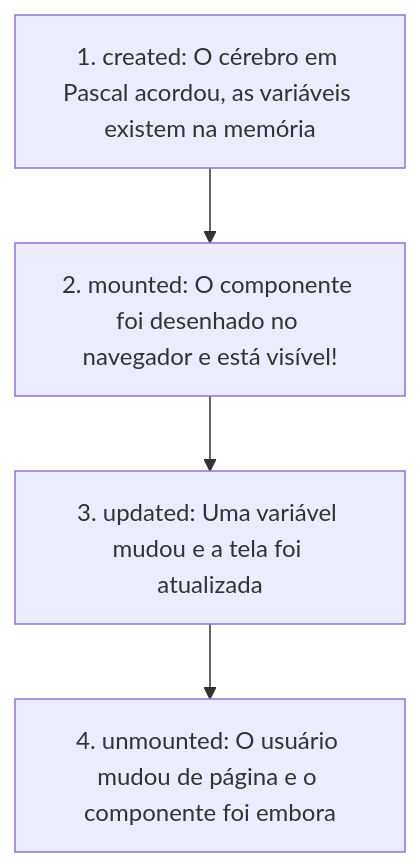
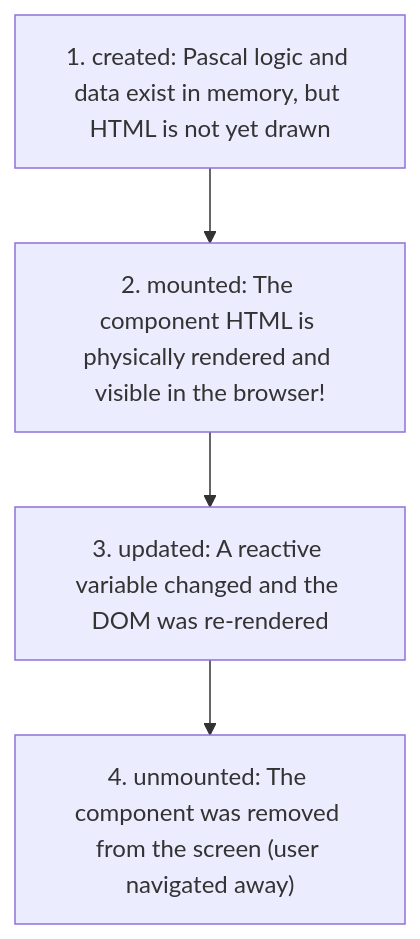
One commit to affonsoelias/BlaiseVue changed the diagram in doc/Course/09-refs.md. Above: the diagram before and after it, drawn with Mermaid. The commit also changed other lines of this file and 13 other files, not shown here.

````diff
--- a/doc/Course/09-refs.md
+++ b/doc/Course/09-refs.md
@@ -19,6 +19,6 @@
 ```mermaid
 flowchart TD
-    A["1. created: O cérebro em Pascal acordou, as variáveis existem na memória"] --> B["2. mounted: O componente foi desenhado no navegador e está visível!"]
-    B --> C["3. updated: Uma variável mudou e a tela foi atualizada"]
-    C --> D["4. unmounted: O usuário mudou de página e o componente foi embora"]
+    A["1. created: Pascal logic and data exist in memory, but HTML is not yet drawn"] --> B["2. mounted: The component HTML is physically rendered and visible in the browser!"]
+    B --> C["3. updated: A reactive variable changed and the DOM was re-rendered"]
+    C --> D["4. unmounted: The component was removed from the screen (user navigated away)"]
 ```
````
